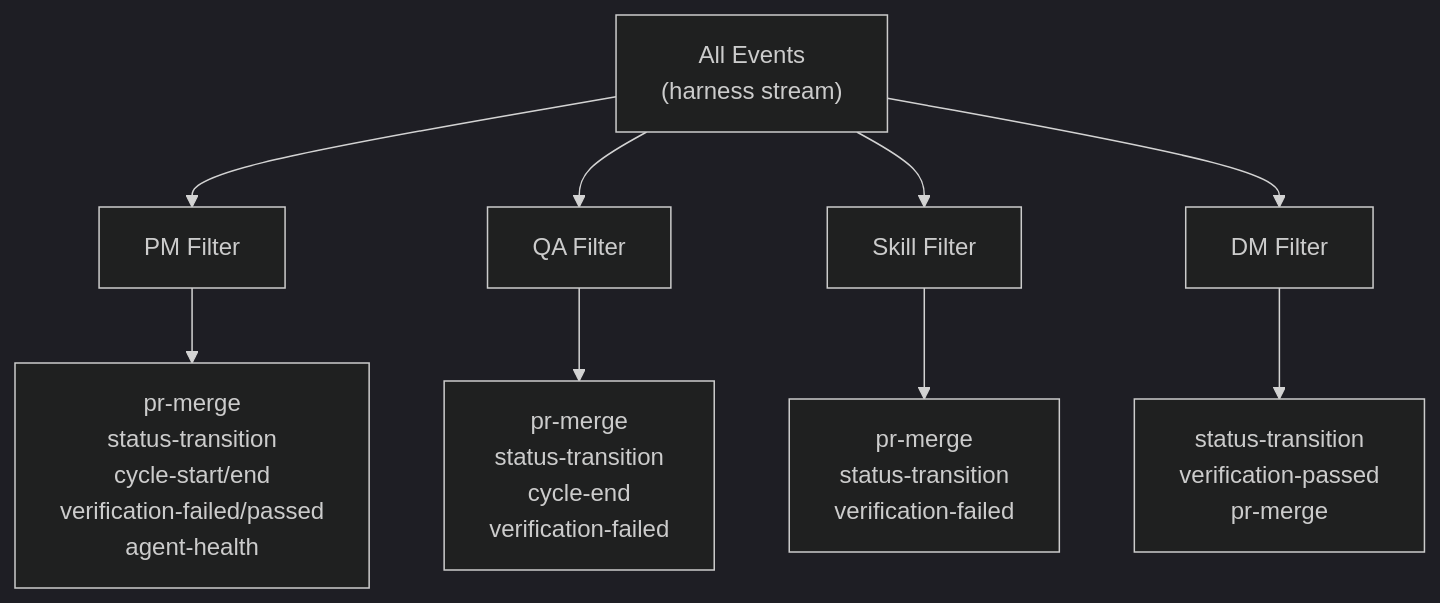
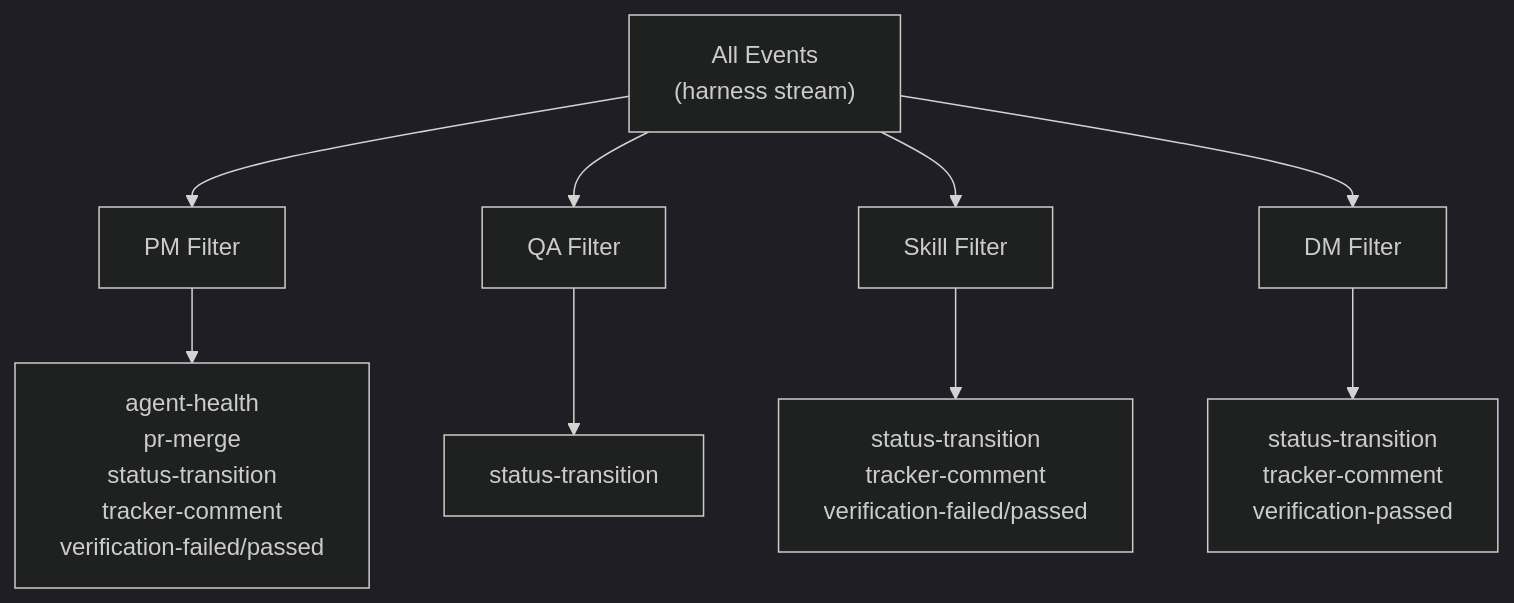
The third of 6 diagrams in docs/event-bus.md (WallyDoodlez/SquidSquad), drawn with Mermaid (dark theme) before and after one commit. The commit also changed other lines of this file and 2 other files, not shown here.

Commit message:
skill: Remove duplicate _validate_config_version definition (#6138)

````diff
--- a/docs/event-bus.md
+++ b/docs/event-bus.md
@@ -120,17 +123,17 @@
 ```mermaid
 graph TD
     EVENTS["All Events<br/>(harness stream)"]
 
     EVENTS --> PM_FILTER["PM Filter"]
     EVENTS --> QA_FILTER["QA Filter"]
     EVENTS --> SKILL_FILTER["Skill Filter"]
     EVENTS --> DM_FILTER["DM Filter"]
 
-    PM_FILTER --> PM_EVENTS["pr-merge<br/>status-transition<br/>cycle-start/end<br/>verification-failed/passed<br/>agent-health"]
+    PM_FILTER --> PM_EVENTS["agent-health<br/>pr-merge<br/>status-transition<br/>tracker-comment<br/>verification-failed/passed"]
 
-    QA_FILTER --> QA_EVENTS["pr-merge<br/>status-transition<br/>cycle-end<br/>verification-failed"]
+    QA_FILTER --> QA_EVENTS["status-transition"]
 
-    SKILL_FILTER --> SKILL_EVENTS["pr-merge<br/>status-transition<br/>verification-failed"]
+    SKILL_FILTER --> SKILL_EVENTS["status-transition<br/>tracker-comment<br/>verification-failed/passed"]
 
-    DM_FILTER --> DM_EVENTS["status-transition<br/>verification-passed<br/>pr-merge"]
+    DM_FILTER --> DM_EVENTS["status-transition<br/>tracker-comment<br/>verification-passed"]
 ```
````
